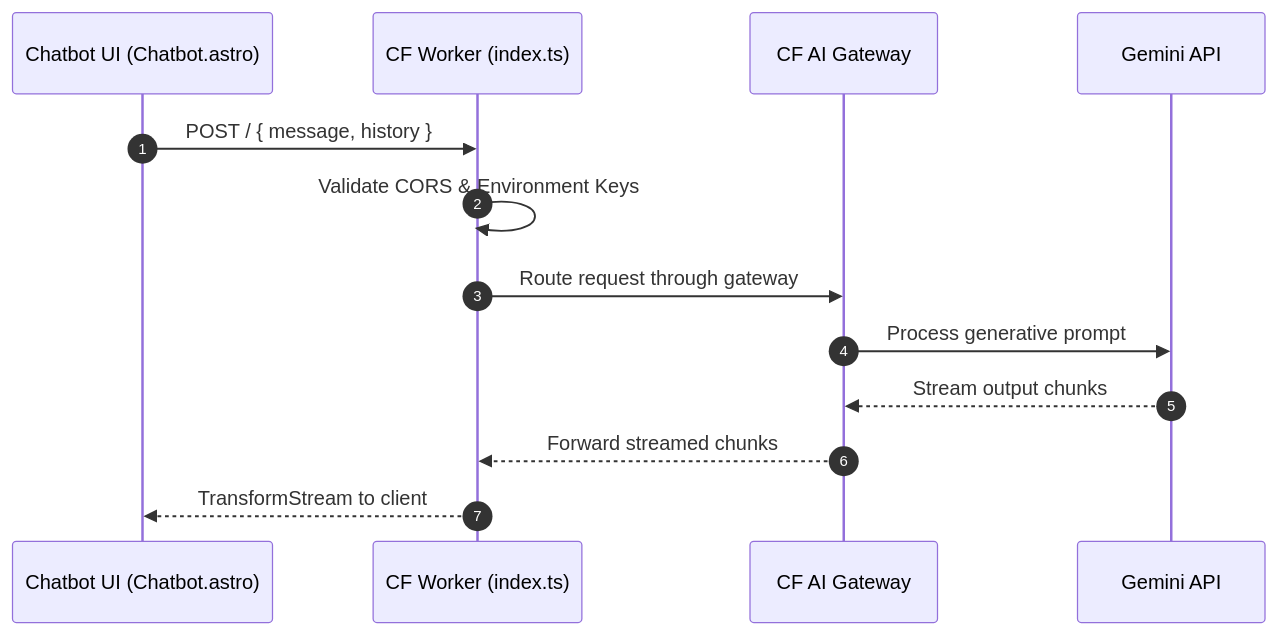
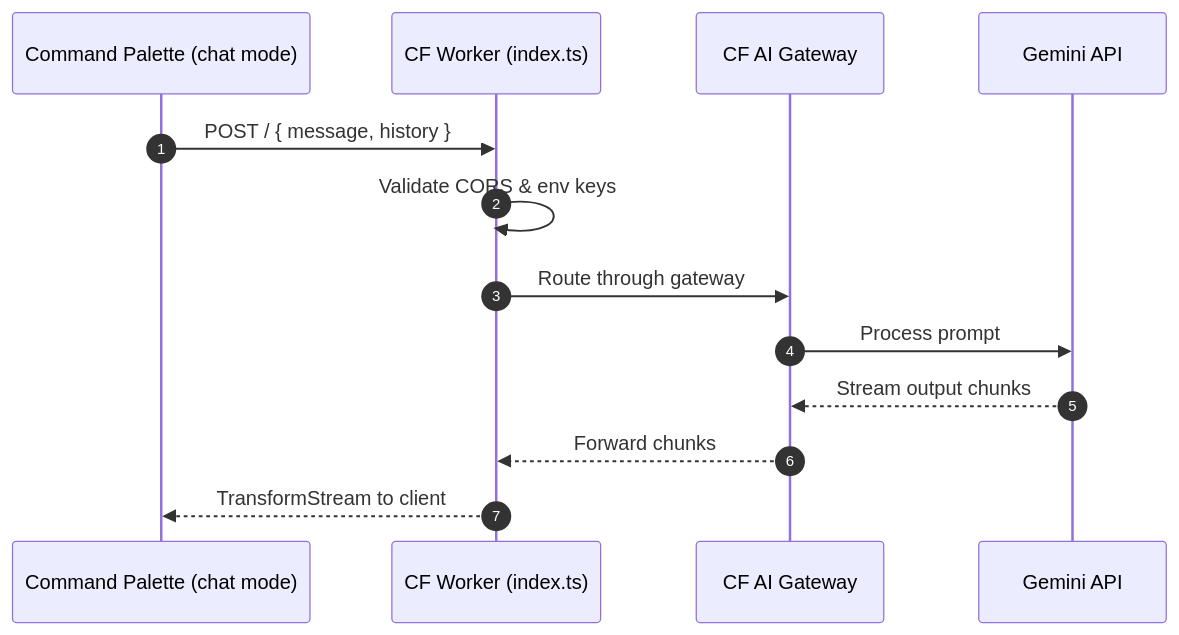
One commit to boranuzun/portfolio changed the third of 3 diagrams in src/content/projects/portfolio/index.md. Above: the diagram before and after it, drawn with Mermaid. The commit also changed other lines of this file and 1 other file, not shown here.

````diff
--- a/src/content/projects/portfolio/index.md
+++ b/src/content/projects/portfolio/index.md
@@ -53,16 +72,16 @@
 ```mermaid
 sequenceDiagram
     autonumber
-    participant U as Chatbot UI (Chatbot.astro)
+    participant P as Command Palette (chat mode)
     participant W as CF Worker (index.ts)
     participant G as CF AI Gateway
     participant AI as Gemini API
-    
-    U->>W: POST / { message, history }
-    W->>W: Validate CORS & Environment Keys
-    W->>G: Route request through gateway
-    G->>AI: Process generative prompt
+
+    P->>W: POST / { message, history }
+    W->>W: Validate CORS & env keys
+    W->>G: Route through gateway
+    G->>AI: Process prompt
     AI-->>G: Stream output chunks
-    G-->>W: Forward streamed chunks
-    W-->>U: TransformStream to client
+    G-->>W: Forward chunks
+    W-->>P: TransformStream to client
 ```
````
